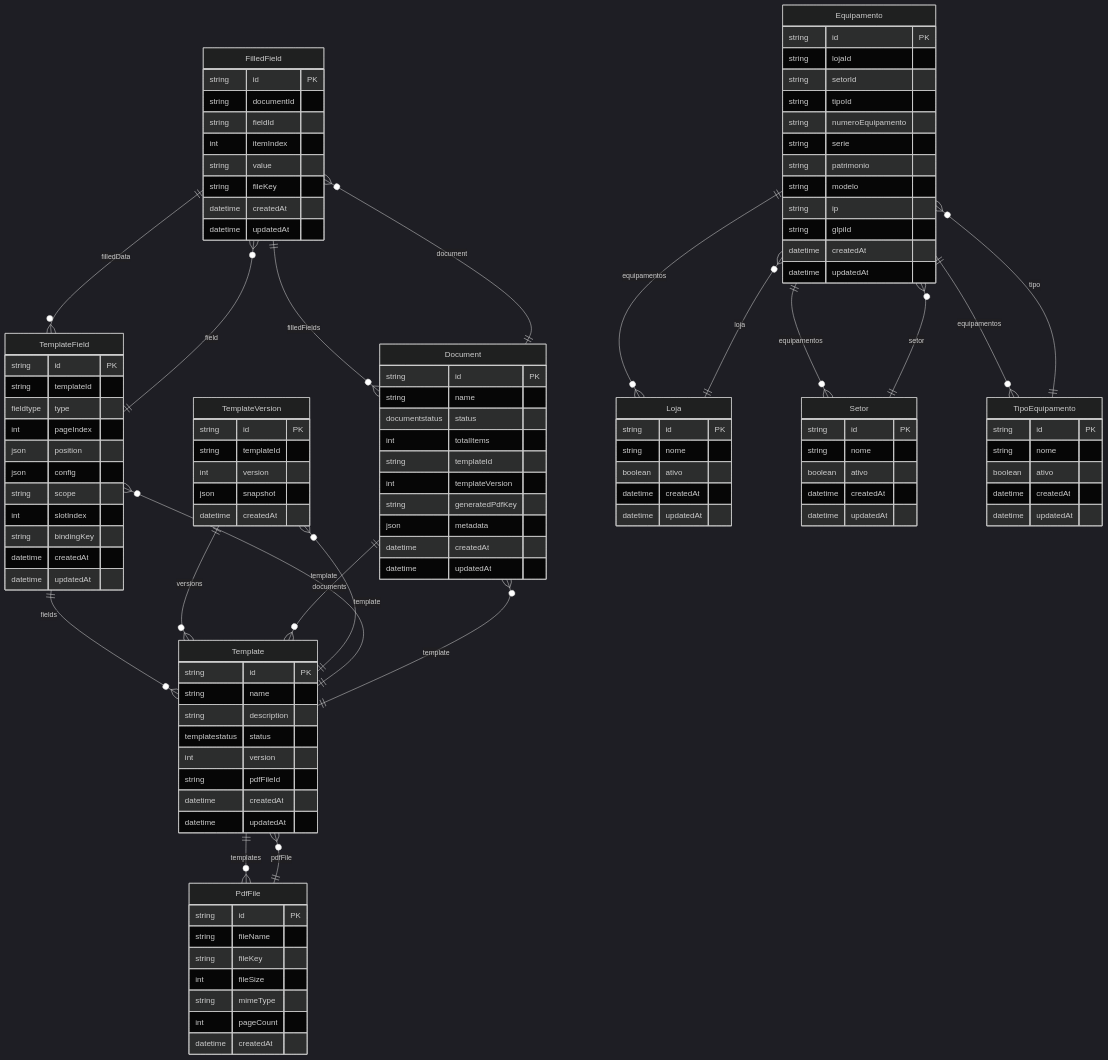
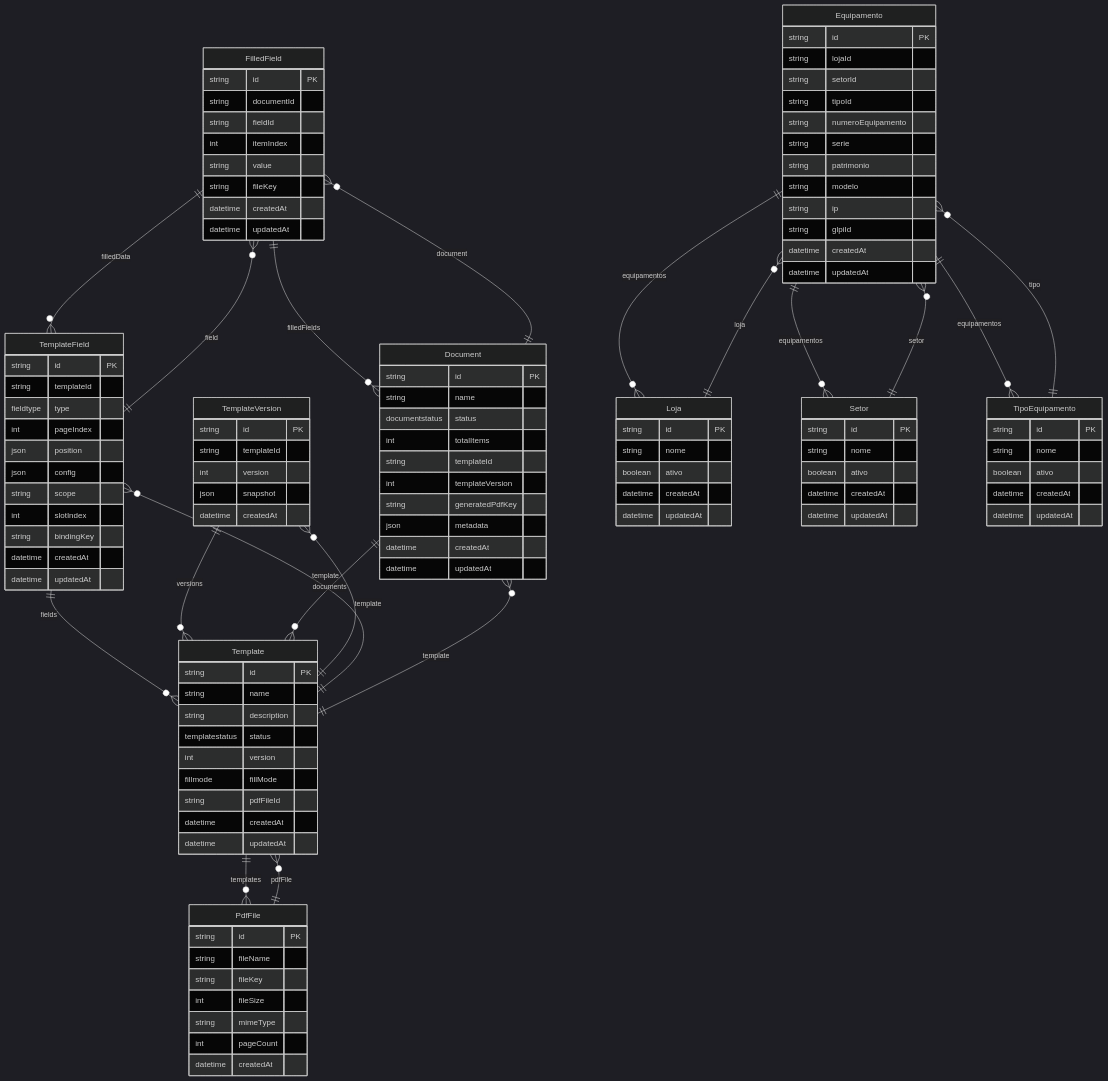
Before and after one commit to anxiousCamel/RegCheck: the diagram in test-docs-output/04-modelagem-dados.md, drawn with Mermaid (dark theme). The commit also changed other lines of this file and 246 other files, not shown here.

```diff
--- a/test-docs-output/04-modelagem-dados.md
+++ b/test-docs-output/04-modelagem-dados.md
@@ -61,6 +61,7 @@
         string description
         templatestatus status
         int version
+        fillmode fillMode
         string pdfFileId
         datetime createdAt
         datetime updatedAt
```
